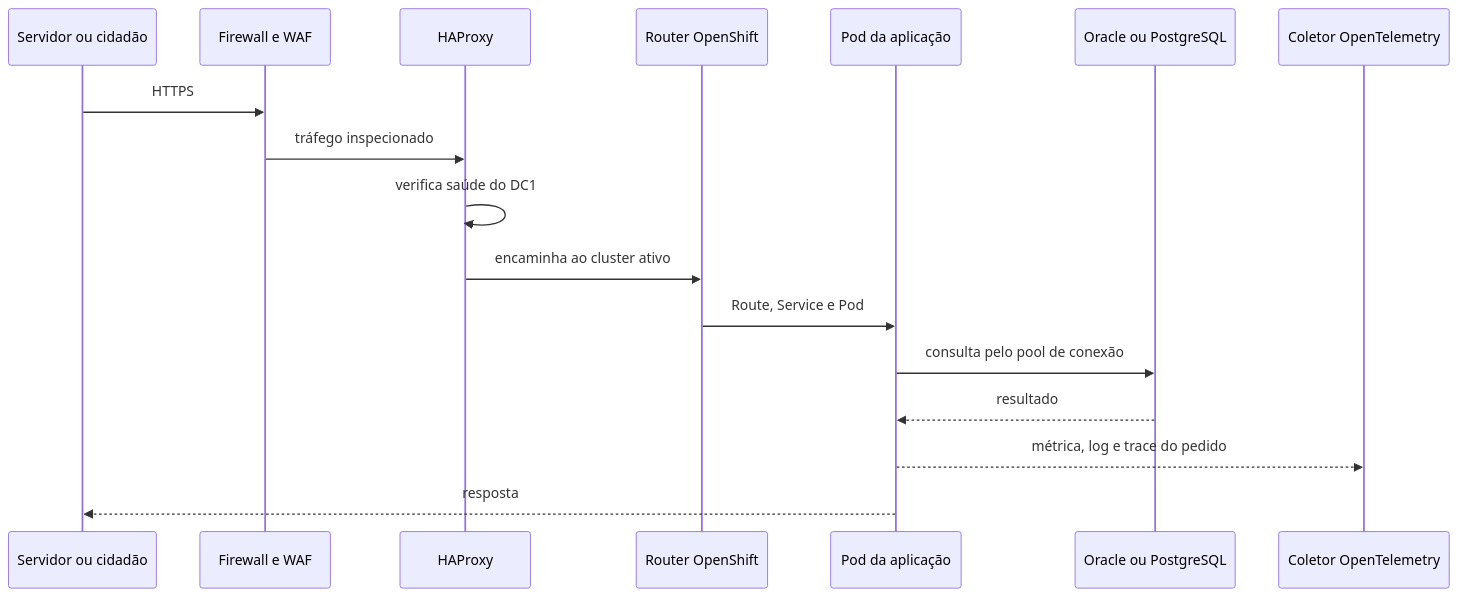
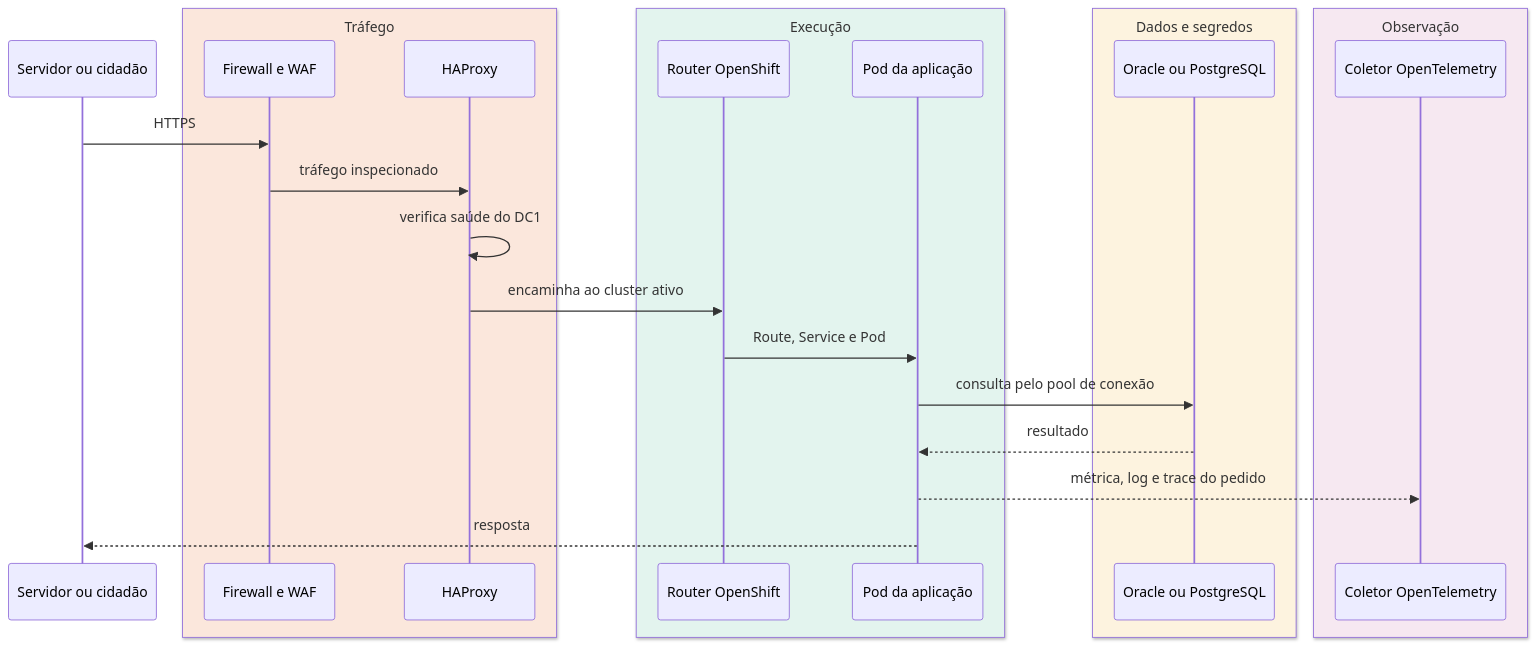
The diagram in docs/01-visao-geral.md (DiegoAmorimDev/plataforma-entrega-sefaz), drawn with Mermaid before and after one commit. The commit also changed other lines of this file and 12 other files, not shown here.

````diff
--- a/docs/01-visao-geral.md
+++ b/docs/01-visao-geral.md
@@ -198,20 +124,28 @@
 ```mermaid
 sequenceDiagram
     participant U as Servidor ou cidadão
-    participant F as Firewall e WAF
-    participant H as HAProxy
-    participant R as Router OpenShift
-    participant P as Pod da aplicação
-    participant B as Oracle ou PostgreSQL
-    participant O as Coletor OpenTelemetry
+    box rgb(251,231,220) Tráfego
+        participant F as Firewall e WAF
+        participant H as HAProxy
+    end
+    box rgb(227,244,238) Execução
+        participant R as Router OpenShift
+        participant P as Pod da aplicação
+    end
+    box rgb(253,243,223) Dados e segredos
+        participant B as Oracle ou PostgreSQL
+    end
+    box rgb(246,232,241) Observação
+        participant O as Coletor OpenTelemetry
+    end
 
     U->>F: HTTPS
     F->>H: tráfego inspecionado
     H->>H: verifica saúde do DC1
     H->>R: encaminha ao cluster ativo
     R->>P: Route, Service e Pod
     P->>B: consulta pelo pool de conexão
     B-->>P: resultado
     P-->>O: métrica, log e trace do pedido
     P-->>U: resposta
 ```
````
